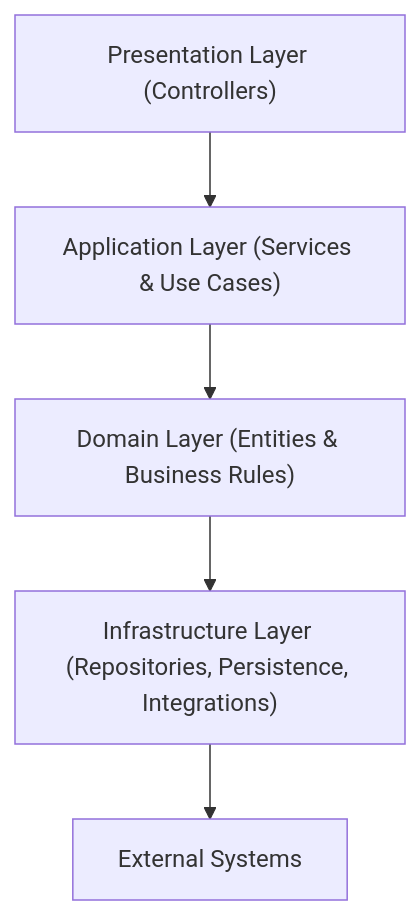
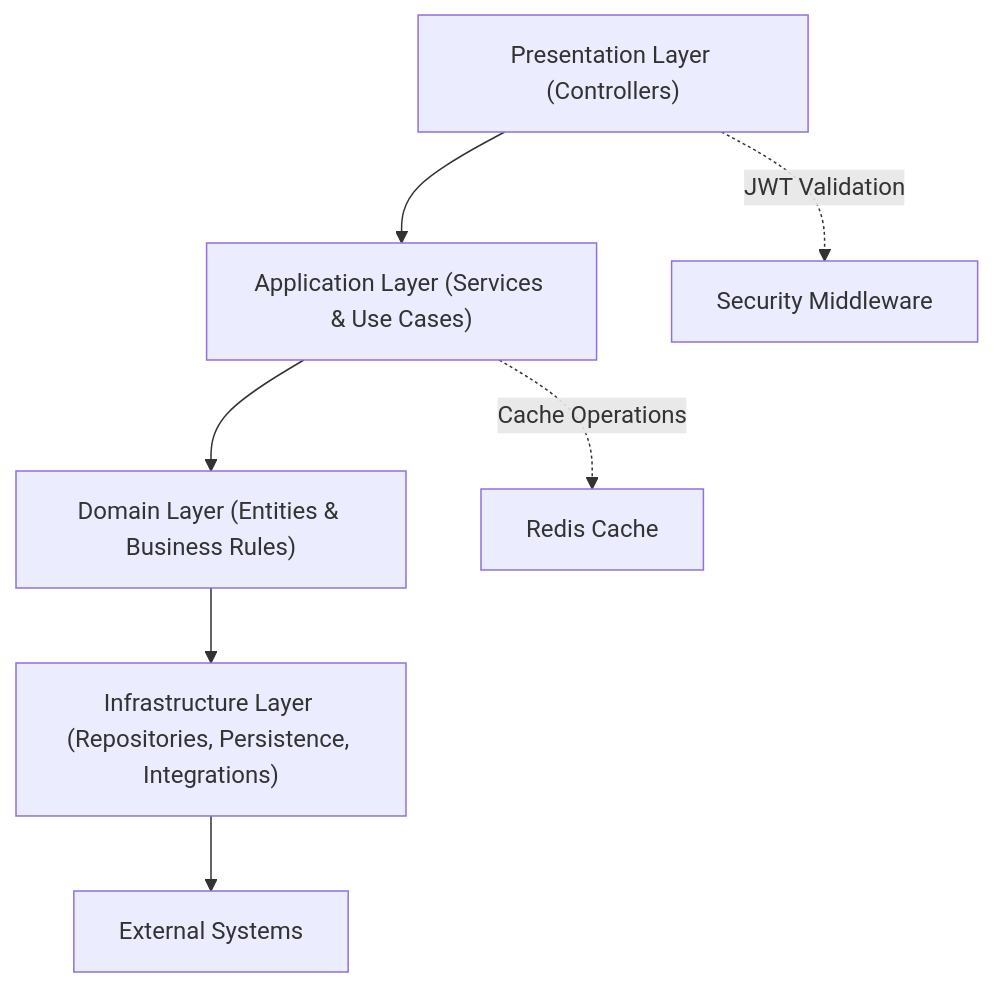
Before and after one commit to omargamal1121/E-Commerce-API-V1: the diagram in README.md, drawn with Mermaid. The commit also changed other lines of this file, not shown here.

Commit message:
Add Redis caching and JWT authentication documentation

````diff
--- a/README.md
+++ b/README.md
@@ -63,7 +67,9 @@
 ```mermaid
 graph TD
     PresentationLayer["Presentation Layer (Controllers)"] --> ApplicationLayer["Application Layer (Services & Use Cases)"]
     ApplicationLayer --> DomainLayer["Domain Layer (Entities & Business Rules)"]
     DomainLayer --> InfrastructureLayer["Infrastructure Layer (Repositories, Persistence, Integrations)"]
     InfrastructureLayer --> ExternalSystems["External Systems"]
+    PresentationLayer -.->|JWT Validation| SecurityMiddleware["Security Middleware"]
+    ApplicationLayer -.->|Cache Operations| RedisCache["Redis Cache"]
 ```
````
